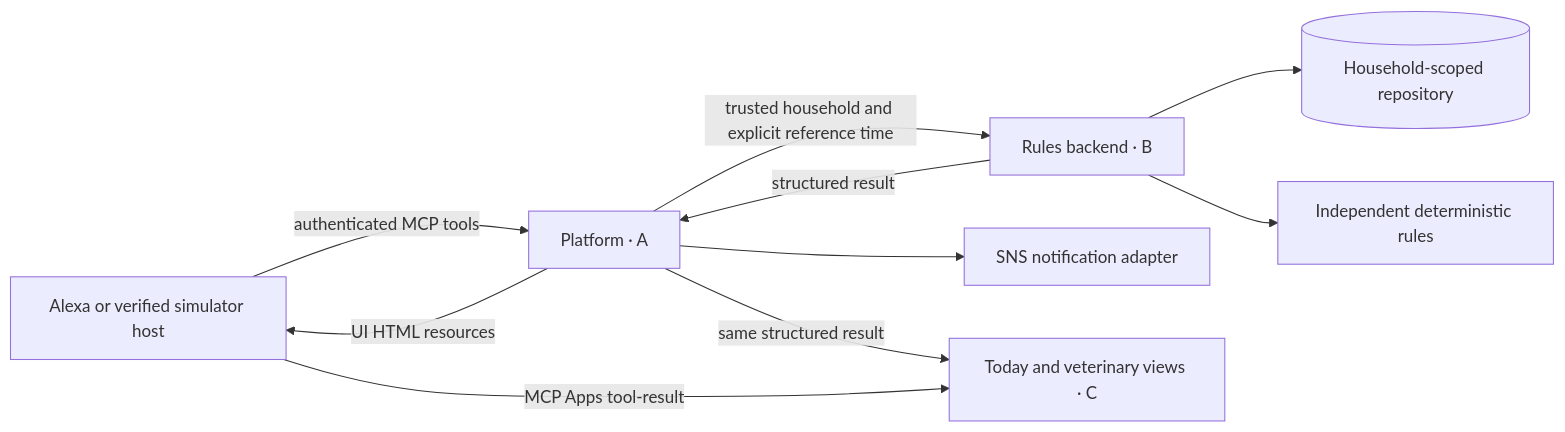
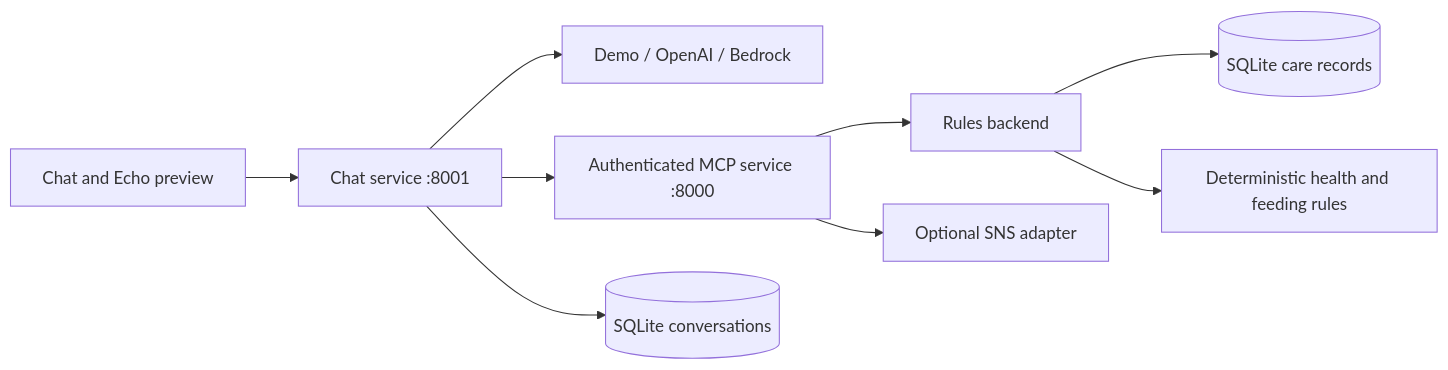
The diagram in docs/architecture.md (shuwangs/purr-nanny), drawn with Mermaid before and after one commit. The commit also changed other lines of this file and 37 other files, not shown here.

````diff
--- a/docs/architecture.md
+++ b/docs/architecture.md
@@ -3,12 +3,11 @@
 ```mermaid
 flowchart LR
-    H[Alexa or verified simulator host] -->|authenticated MCP tools| A[Platform · A]
-    A -->|trusted household and explicit reference time| B[Rules backend · B]
-    B --> S[(Household-scoped repository)]
-    B --> R[Independent deterministic rules]
-    B -->|structured result| A
-    A --> N[SNS notification adapter]
-    A -->|same structured result| V[Today and veterinary views · C]
-    A -->|UI HTML resources| H
-    H -->|MCP Apps tool-result| V
+    Browser[Chat and Echo preview] --> Chat[Chat service :8001]
+    Chat --> Model[Demo / OpenAI / Bedrock]
+    Chat --> MCP[Authenticated MCP service :8000]
+    MCP --> Rules[Rules backend]
+    Rules --> SQLite[(SQLite care records)]
+    Rules --> Signals[Deterministic health and feeding rules]
+    Chat --> Sessions[(SQLite conversations)]
+    MCP --> SNS[Optional SNS adapter]
 ```
````
